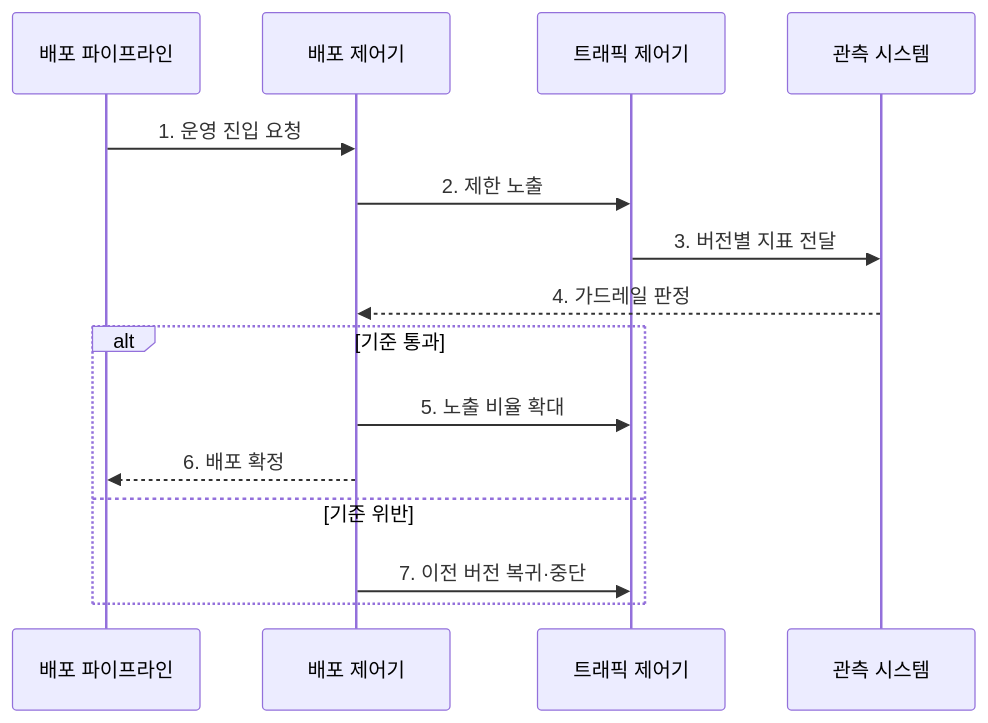
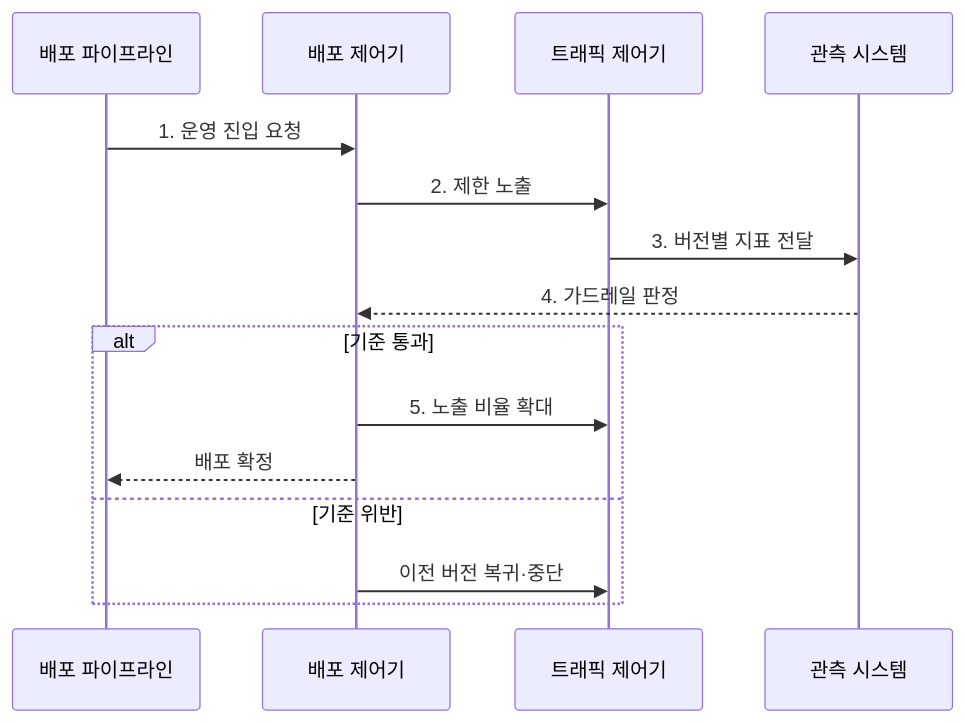
One commit to agnusdei1207/knowledge-base changed the second of 2 diagrams in src/content/docs/notes/03-software/054_continuous_deployment.md. Above: the diagram before and after it, drawn with Mermaid. The commit also changed other lines of this file and 238 other files, not shown here.

````diff
--- a/src/content/docs/notes/03-software/054_continuous_deployment.md
+++ b/src/content/docs/notes/03-software/054_continuous_deployment.md
@@ -81,17 +83,17 @@
 ```mermaid
 sequenceDiagram
     participant P as 배포 파이프라인
     participant D as 배포 제어기
     participant T as 트래픽 제어기
     participant O as 관측 시스템
     P->>D: 1. 운영 진입 요청
     D->>T: 2. 제한 노출
     T->>O: 3. 버전별 지표 전달
     O-->>D: 4. 가드레일 판정
     alt 기준 통과
         D->>T: 5. 노출 비율 확대
-        D-->>P: 6. 배포 확정
+        D-->>P: 배포 확정
     else 기준 위반
-        D->>T: 7. 이전 버전 복귀·중단
+        D->>T: 이전 버전 복귀·중단
     end
 ```
````
